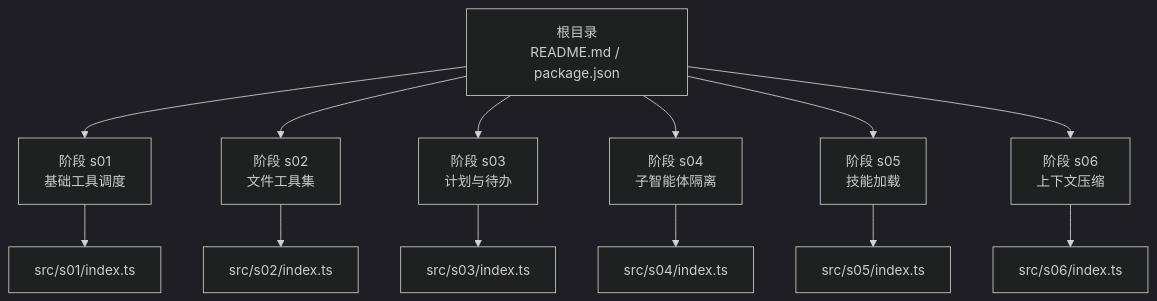
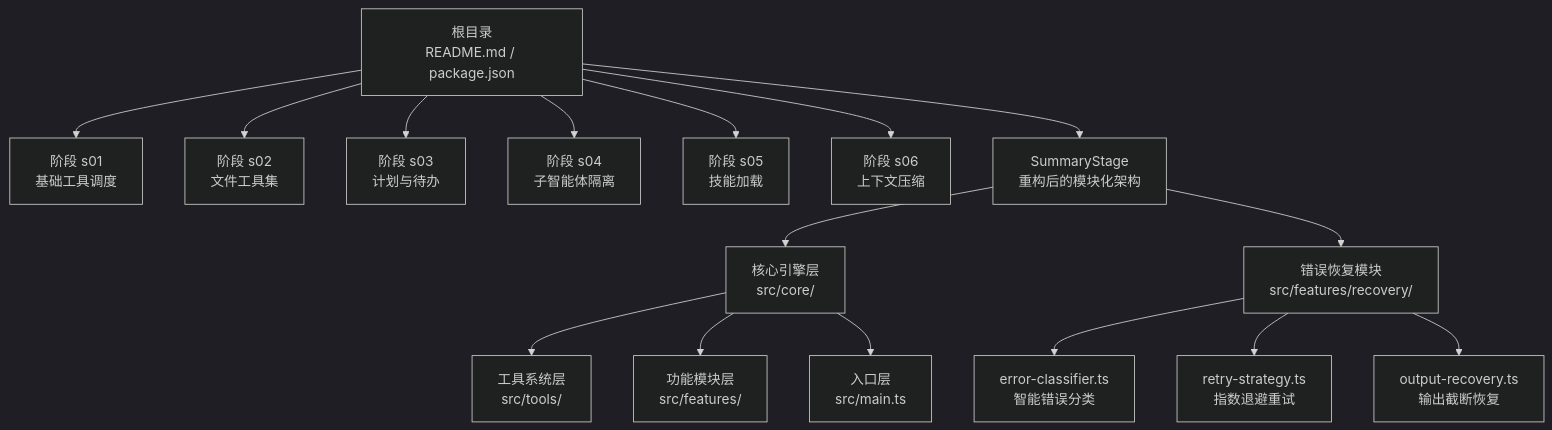
Before and after one commit to eurekaYYzero/Mini-Claude-Code: the first of 11 diagrams in .qoder/repowiki/zh/content/高级主题/高级主题.md, drawn with Mermaid (dark theme). The commit also changed other lines of this file and 20 other files, not shown here.

````diff
--- a/.qoder/repowiki/zh/content/高级主题/高级主题.md
+++ b/.qoder/repowiki/zh/content/高级主题/高级主题.md
@@ -37,15 +50,18 @@
 ```mermaid
 graph TB
 A["根目录<br/>README.md / package.json"] --> B["阶段 s01<br/>基础工具调度"]
 A --> C["阶段 s02<br/>文件工具集"]
 A --> D["阶段 s03<br/>计划与待办"]
 A --> E["阶段 s04<br/>子智能体隔离"]
 A --> F["阶段 s05<br/>技能加载"]
 A --> G["阶段 s06<br/>上下文压缩"]
-B --> B1["src/s01/index.ts"]
-C --> C1["src/s02/index.ts"]
-D --> D1["src/s03/index.ts"]
-E --> E1["src/s04/index.ts"]
-F --> F1["src/s05/index.ts"]
-G --> G1["src/s06/index.ts"]
+A --> H["SummaryStage<br/>重构后的模块化架构"]
+H --> I["核心引擎层<br/>src/core/"]
+I --> J["工具系统层<br/>src/tools/"]
+I --> K["功能模块层<br/>src/features/"]
+I --> L["入口层<br/>src/main.ts"]
+H --> M["错误恢复模块<br/>src/features/recovery/"]
+M --> N["error-classifier.ts<br/>智能错误分类"]
+M --> O["retry-strategy.ts<br/>指数退避重试"]
+M --> P["output-recovery.ts<br/>输出截断恢复"]
 ```
````
